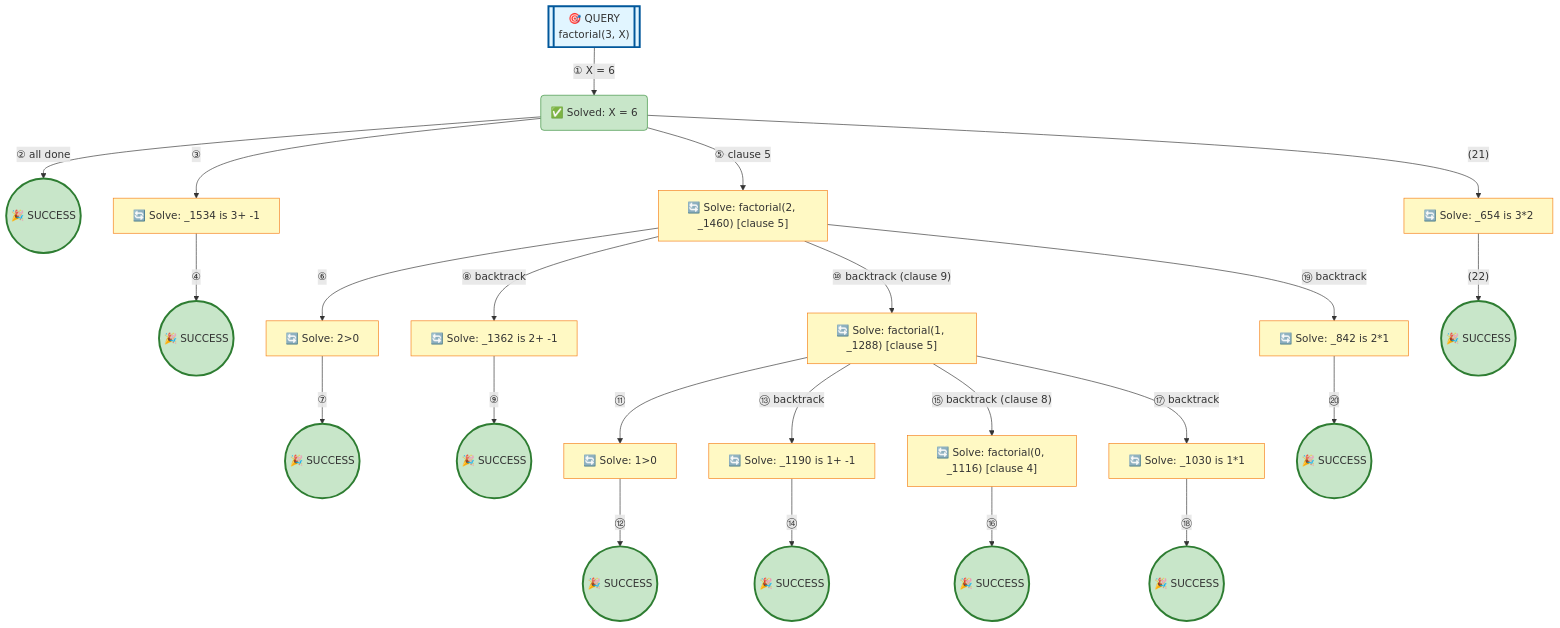
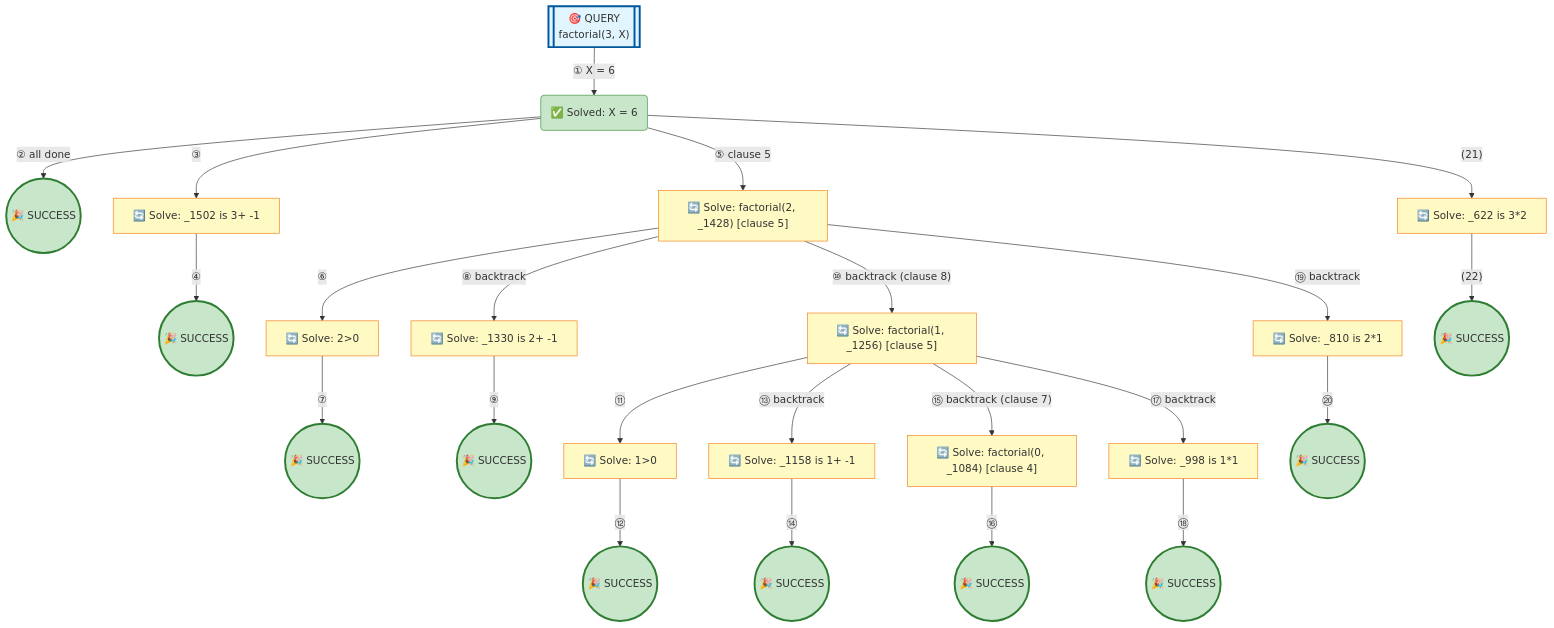
The diagram in examples/factorial-minimal.md (jarecsni/prolog-trace-viz), drawn with Mermaid before and after one commit. The commit also changed other lines of this file and 17 other files, not shown here.

````diff
--- a/examples/factorial-minimal.md
+++ b/examples/factorial-minimal.md
@@ -18,77 +18,77 @@
 ```mermaid
 graph TD
 
 %% Nodes
 A[["🎯 QUERY<br/>factorial(3, X)"]]
 B("✅ Solved: X = 6")
 D(("🎉 SUCCESS"))
-E["🔄 Solve: _1534 is 3+ -1"]
+E["🔄 Solve: _1502 is 3+ -1"]
 F(("🎉 SUCCESS"))
-G["🔄 Solve: factorial(2, _1460) [clause 5]"]
+G["🔄 Solve: factorial(2, _1428) [clause 5]"]
 H["🔄 Solve: 2>0"]
 I(("🎉 SUCCESS"))
-J["🔄 Solve: _1362 is 2+ -1"]
+J["🔄 Solve: _1330 is 2+ -1"]
 K(("🎉 SUCCESS"))
-L["🔄 Solve: factorial(1, _1288) [clause 5]"]
+L["🔄 Solve: factorial(1, _1256) [clause 5]"]
 M["🔄 Solve: 1>0"]
 N(("🎉 SUCCESS"))
-O["🔄 Solve: _1190 is 1+ -1"]
+O["🔄 Solve: _1158 is 1+ -1"]
 P(("🎉 SUCCESS"))
-Q["🔄 Solve: factorial(0, _1116) [clause 4]"]
+Q["🔄 Solve: factorial(0, _1084) [clause 4]"]
 R(("🎉 SUCCESS"))
-S["🔄 Solve: _1030 is 1*1"]
+S["🔄 Solve: _998 is 1*1"]
 T(("🎉 SUCCESS"))
-U["🔄 Solve: _842 is 2*1"]
+U["🔄 Solve: _810 is 2*1"]
 V(("🎉 SUCCESS"))
-W["🔄 Solve: _654 is 3*2"]
+W["🔄 Solve: _622 is 3*2"]
 X(("🎉 SUCCESS"))
 
 %% Edges
 A -->|"① X = 6"| B
 B -->|"② all done"| D
 B -->|"③"| E
 E -->|"④"| F
 B -->|"⑤ clause 5"| G
 G -->|"⑥"| H
 H -->|"⑦"| I
 G -->|"⑧ backtrack"| J
 J -->|"⑨"| K
-G -->|"⑩ backtrack (clause 9)"| L
+G -->|"⑩ backtrack (clause 8)"| L
 L -->|"⑪"| M
 M -->|"⑫"| N
 L -->|"⑬ backtrack"| O
 O -->|"⑭"| P
-L -->|"⑮ backtrack (clause 8)"| Q
+L -->|"⑮ backtrack (clause 7)"| Q
 Q -->|"⑯"| R
 L -->|"⑰ backtrack"| S
 S -->|"⑱"| T
 G -->|"⑲ backtrack"| U
 U -->|"⑳"| V
 B -->|"(21)"| W
 W -->|"(22)"| X
 
 %% Styles
 style A fill:#e1f5ff,stroke:#01579b,stroke-width:3px
 style B fill:#c8e6c9,stroke:#388e3c
 style D fill:#c8e6c9,stroke:#2e7d32,stroke-width:3px
 style E fill:#fff9c4,stroke:#f57f17
 style F fill:#c8e6c9,stroke:#2e7d32,stroke-width:3px
 style G fill:#fff9c4,stroke:#f57f17
 style H fill:#fff9c4,stroke:#f57f17
 style I fill:#c8e6c9,stroke:#2e7d32,stroke-width:3px
 style J fill:#fff9c4,stroke:#f57f17
 style K fill:#c8e6c9,stroke:#2e7d32,stroke-width:3px
 style L fill:#fff9c4,stroke:#f57f17
 style M fill:#fff9c4,stroke:#f57f17
 style N fill:#c8e6c9,stroke:#2e7d32,stroke-width:3px
 style O fill:#fff9c4,stroke:#f57f17
 style P fill:#c8e6c9,stroke:#2e7d32,stroke-width:3px
 style Q fill:#fff9c4,stroke:#f57f17
 style R fill:#c8e6c9,stroke:#2e7d32,stroke-width:3px
 style S fill:#fff9c4,stroke:#f57f17
 style T fill:#c8e6c9,stroke:#2e7d32,stroke-width:3px
 style U fill:#fff9c4,stroke:#f57f17
 style V fill:#c8e6c9,stroke:#2e7d32,stroke-width:3px
 style W fill:#fff9c4,stroke:#f57f17
 style X fill:#c8e6c9,stroke:#2e7d32,stroke-width:3px
 ```
````
